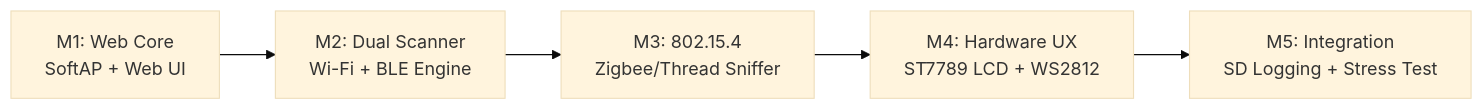
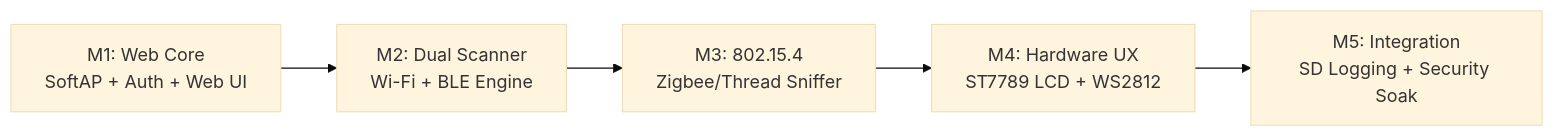
One commit to ChipCLee/esp32 changed the third of 3 diagrams in lafvin/design.md. Above: the diagram before and after it, drawn with Mermaid (base theme). The commit also changed other lines of this file, not shown here.

````diff
--- a/lafvin/design.md
+++ b/lafvin/design.md
@@ -281,7 +258,7 @@
 ```mermaid
 flowchart LR
-    M1["M1: Web Core<br>SoftAP + Web UI"] --> M2["M2: Dual Scanner<br>Wi-Fi + BLE Engine"]
+    M1["M1: Web Core<br>SoftAP + Auth + Web UI"] --> M2["M2: Dual Scanner<br>Wi-Fi + BLE Engine"]
     M2 --> M3["M3: 802.15.4<br>Zigbee/Thread Sniffer"]
     M3 --> M4["M4: Hardware UX<br>ST7789 LCD + WS2812"]
-    M4 --> M5["M5: Integration<br>SD Logging + Stress Test"]
+    M4 --> M5["M5: Integration<br>SD Logging + Security Soak"]
 ```
````
